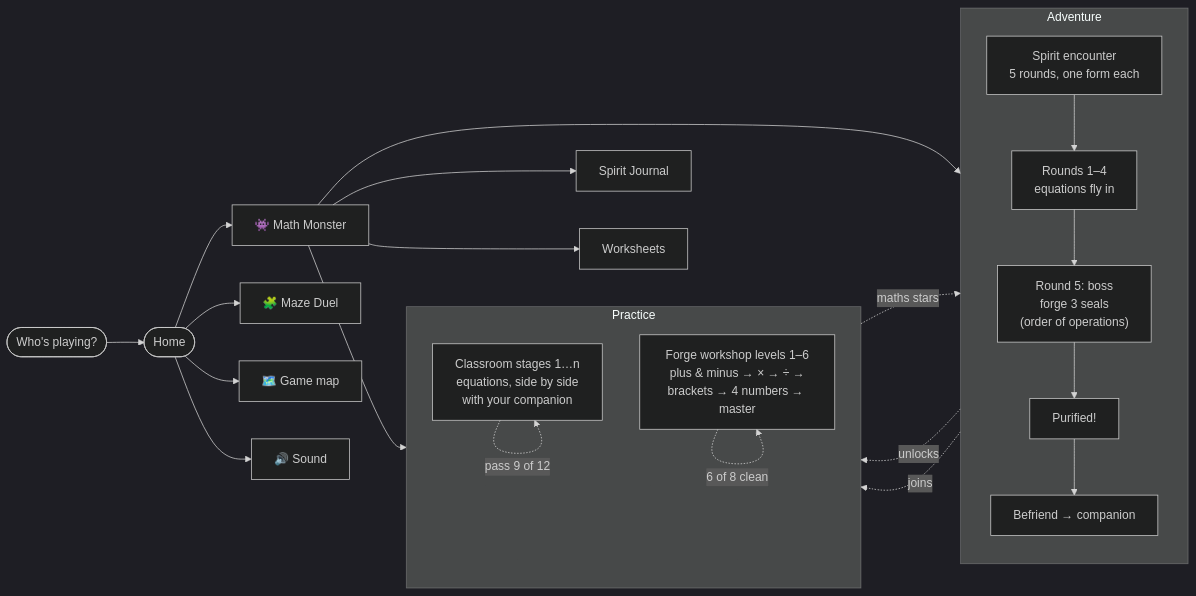
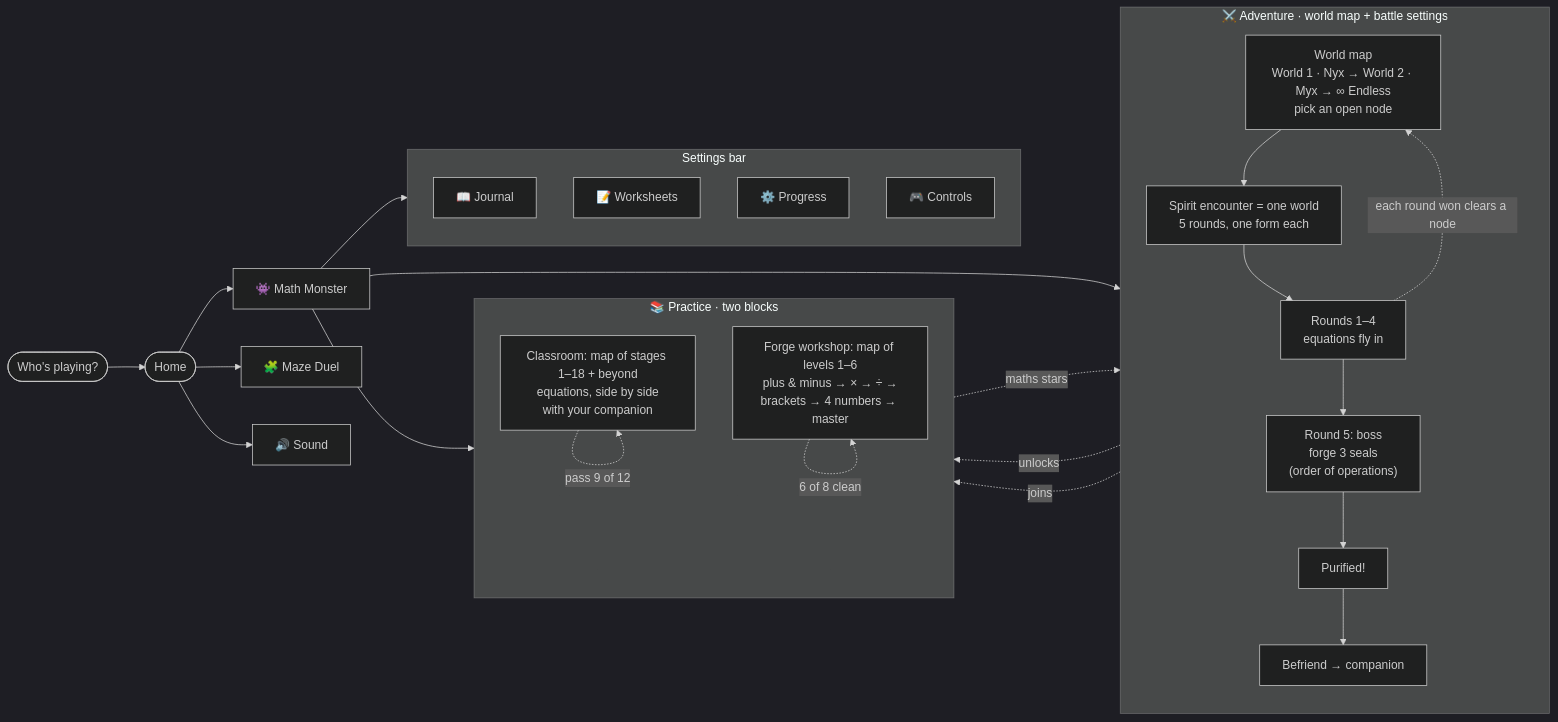
The first of 7 diagrams in docs/ARCHITECTURE.md (Lyceriuss/FunL), drawn with Mermaid (dark theme) before and after one commit. The commit also changed other lines of this file and 49 other files, not shown here.

Commit message:
Update UML + UI-improvements

````diff
--- a/docs/ARCHITECTURE.md
+++ b/docs/ARCHITECTURE.md
@@ -13,31 +13,39 @@
 ```mermaid
 flowchart LR
   Profiles([Who's playing?]) --> Home([Home])
   Home --> MM[👾 Math Monster]
   Home --> MD[🧩 Maze Duel]
-  Home --> Map[🗺️ Game map]
   Home --> Snd[🔊 Sound]
 
-  subgraph Adv["Adventure"]
+  subgraph Adv["⚔️ Adventure · world map + battle settings"]
     direction TB
-    Enc["Spirit encounter<br/>5 rounds, one form each"] --> R14["Rounds 1–4<br/>equations fly in"]
+    Map["World map<br/>World 1 · Nyx → World 2 · Myx → ∞ Endless<br/>pick an open node"] --> Enc
+    Enc["Spirit encounter = one world<br/>5 rounds, one form each"] --> R14["Rounds 1–4<br/>equations fly in"]
     R14 --> Boss["Round 5: boss<br/>forge 3 seals<br/>(order of operations)"]
     Boss --> Pur["Purified!"] --> Bef["Befriend → companion"]
   end
 
-  subgraph Class["Practice"]
+  subgraph Class["📚 Practice · two blocks"]
     direction TB
-    Stages["Classroom stages 1…n<br/>equations, side by side<br/>with your companion"]
-    Forge["Forge workshop levels 1–6<br/>plus & minus → × → ÷ →<br/>brackets → 4 numbers → master"]
+    Stages["Classroom: map of stages 1–18 + beyond<br/>equations, side by side<br/>with your companion"]
+    Forge["Forge workshop: map of levels 1–6<br/>plus & minus → × → ÷ →<br/>brackets → 4 numbers → master"]
+  end
+
+  subgraph Bar["Settings bar"]
+    direction TB
+    Journal["📖 Journal"]
+    Packs["📝 Worksheets"]
+    Prog["⚙️ Progress"]
+    Ctl["🎮 Controls"]
   end
 
   MM --> Adv
   MM --> Class
-  MM --> Journal["Spirit Journal"]
-  MM --> Packs["Worksheets"]
+  MM --> Bar
   Bef -. unlocks .-> Stages
   Bef -. joins .-> Forge
+  R14 -. each round won clears a node .-> Map
   Stages -. pass 9 of 12 .-> Stages
   Forge -. 6 of 8 clean .-> Forge
   Stages -. maths stars .-> Bef
 ```
````
